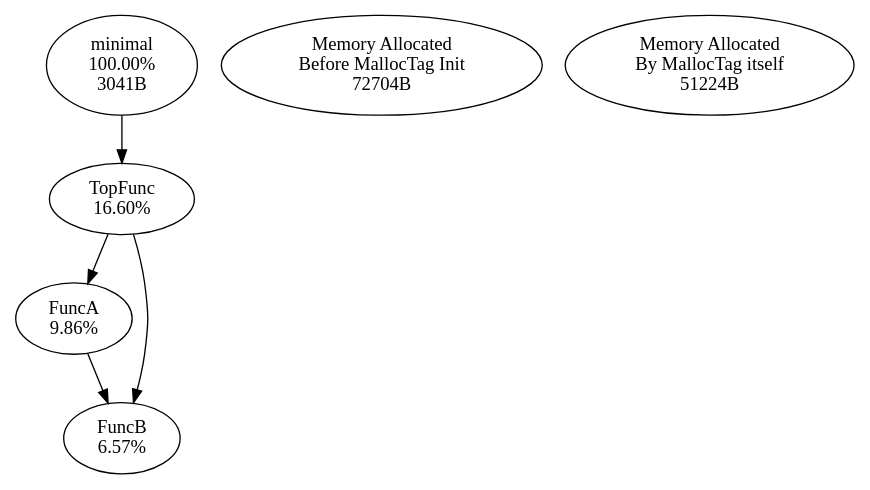
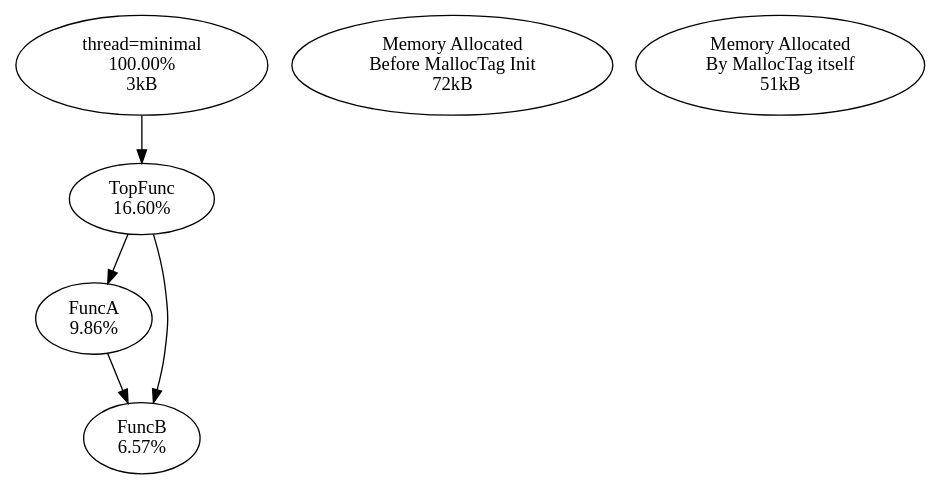
One commit to f18m/malloc-tag changed the diagram in examples/minimal/minimal_stats.dot. Above: the diagram before and after it, drawn with Graphviz. The commit also changed 2 other files, not shown here.

```diff
--- a/examples/minimal/minimal_stats.dot
+++ b/examples/minimal/minimal_stats.dot
@@ -1,13 +1,13 @@
 digraph MallocTree {
-minimal [label="minimal\n100.00%\n3041B"]
+minimal [label="thread=minimal\n100.00%\n3kB"]
 minimal -> TopFunc
 TopFunc [label="TopFunc\n16.60%"]
 TopFunc -> FuncA
 TopFunc -> FuncB
 FuncA [label="FuncA\n9.86%"]
 FuncA -> FuncB
 FuncB [label="FuncB\n6.57%"]
 FuncB [label="FuncB\n6.57%"]
-__before_init_node__ [label="Memory Allocated\nBefore MallocTag Init\n72704B"]
-__malloctag_self_memory__ [label="Memory Allocated\nBy MallocTag itself\n51224B"]
+__before_init_node__ [label="Memory Allocated\nBefore MallocTag Init\n72kB"]
+__malloctag_self_memory__ [label="Memory Allocated\nBy MallocTag itself\n51kB"]
 }
```
